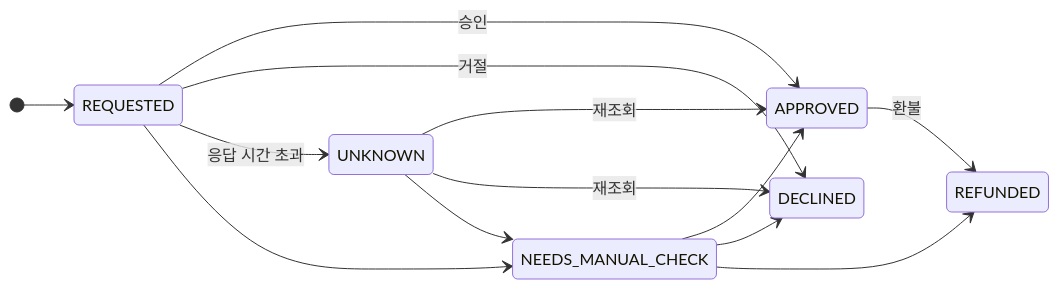
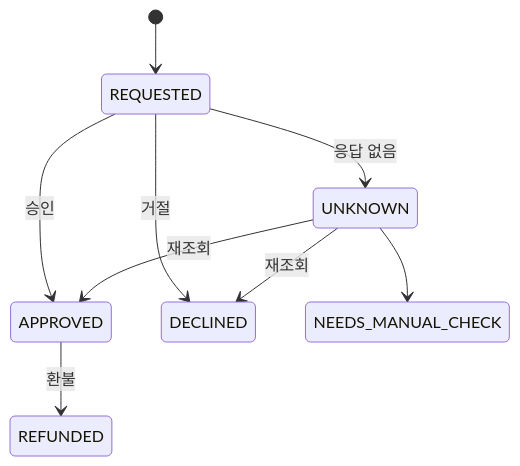
One commit to GGangMY/high-quality-ticketing-system changed the seventh of 10 diagrams in README.md. Above: the diagram before and after it, drawn with Mermaid. The commit also changed other lines of this file and 2 other files, not shown here.

````diff
--- a/README.md
+++ b/README.md
@@ -234,16 +241,11 @@
 ```mermaid
 stateDiagram-v2
-  direction LR
   [*] --> REQUESTED
   REQUESTED --> APPROVED: 승인
   REQUESTED --> DECLINED: 거절
-  REQUESTED --> UNKNOWN: 응답 시간 초과
+  REQUESTED --> UNKNOWN: 응답 없음
   UNKNOWN --> APPROVED: 재조회
   UNKNOWN --> DECLINED: 재조회
-  REQUESTED --> NEEDS_MANUAL_CHECK
   UNKNOWN --> NEEDS_MANUAL_CHECK
-  NEEDS_MANUAL_CHECK --> APPROVED
-  NEEDS_MANUAL_CHECK --> DECLINED
-  NEEDS_MANUAL_CHECK --> REFUNDED
   APPROVED --> REFUNDED: 환불
 ```
````
